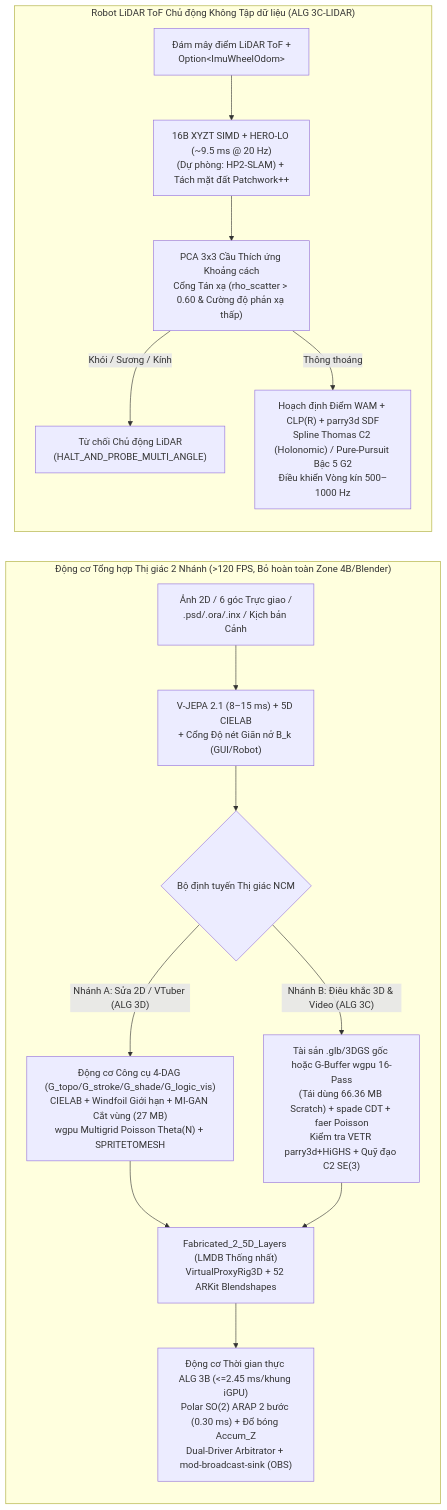
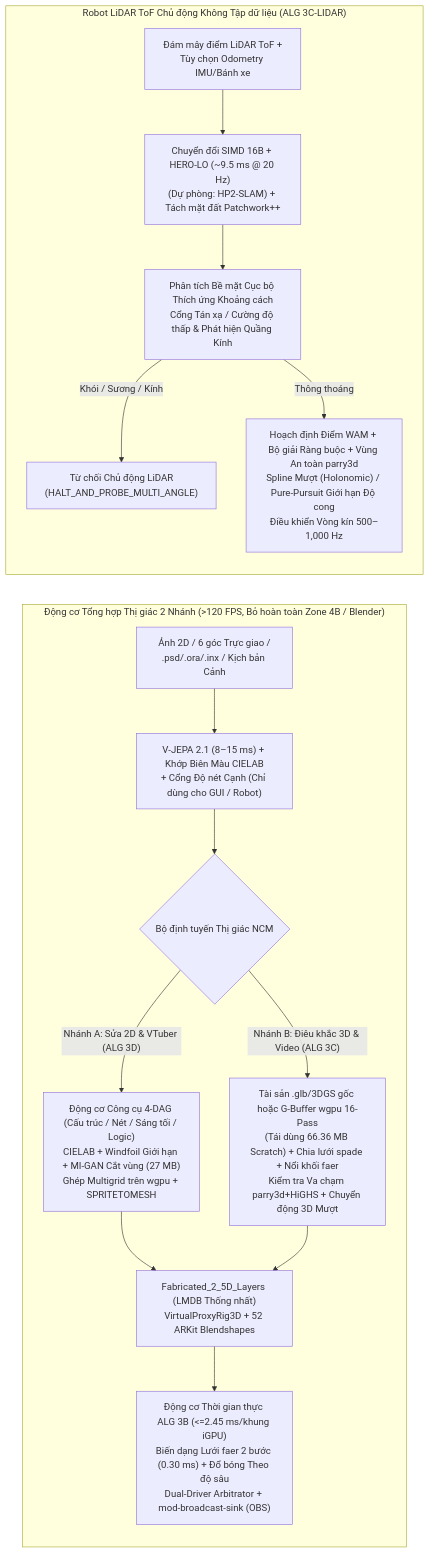
Before and after one commit to vuhoangquanhoctap-glitch/Takuma-1-Trinity: diagram 11 of 16 in README.md, drawn with Mermaid. The commit also changed other lines of this file, not shown here.

````diff
--- a/README.md
+++ b/README.md
@@ -780,19 +810,19 @@
 ```mermaid
 flowchart LR
-    subgraph VIS_PIPE["Động cơ Tổng hợp Thị giác 2 Nhánh (>120 FPS, Bỏ hoàn toàn Zone 4B/Blender)"]
-        VIN["Ảnh 2D / 6 góc Trực giao /<br/>.psd/.ora/.inx / Kịch bản Cảnh"] --> VPER["V-JEPA 2.1 (8–15 ms) + 5D CIELAB<br/>+ Cổng Độ nét Giãn nở B_k (GUI/Robot)"]
+    subgraph VIS_PIPE["Động cơ Tổng hợp Thị giác 2 Nhánh (>120 FPS, Bỏ hoàn toàn Zone 4B / Blender)"]
+        VIN["Ảnh 2D / 6 góc Trực giao /<br/>.psd/.ora/.inx / Kịch bản Cảnh"] --> VPER["V-JEPA 2.1 (8–15 ms) + Khớp Biên Màu CIELAB<br/>+ Cổng Độ nét Cạnh (Chỉ dùng cho GUI / Robot)"]
         VPER --> VRT{"Bộ định tuyến Thị giác NCM"}
-        VRT -- "Nhánh A: Sửa 2D / VTuber (ALG 3D)" --> BA["Động cơ Công cụ 4-DAG (G_topo/G_stroke/G_shade/G_logic_vis)<br/>CIELAB + Windfoil Giới hạn + MI-GAN Cắt vùng (27 MB)<br/>wgpu Multigrid Poisson Theta(N) + SPRITETOMESH"]
-        VRT -- "Nhánh B: Điêu khắc 3D & Video (ALG 3C)" --> BB["Tài sản .glb/3DGS gốc hoặc G-Buffer wgpu 16-Pass<br/>(Tái dùng 66.36 MB Scratch) + spade CDT + faer Poisson<br/>Kiểm tra VETR parry3d+HiGHS + Quỹ đạo C2 SE(3)"]
+        VRT -- "Nhánh A: Sửa 2D & VTuber (ALG 3D)" --> BA["Động cơ Công cụ 4-DAG (Cấu trúc / Nét / Sáng tối / Logic)<br/>CIELAB + Windfoil Giới hạn + MI-GAN Cắt vùng (27 MB)<br/>Ghép Multigrid trên wgpu + SPRITETOMESH"]
+        VRT -- "Nhánh B: Điêu khắc 3D & Video (ALG 3C)" --> BB["Tài sản .glb/3DGS gốc hoặc G-Buffer wgpu 16-Pass<br/>(Tái dùng 66.36 MB Scratch) + Chia lưới spade + Nổi khối faer<br/>Kiểm tra Va chạm parry3d+HiGHS + Chuyển động 3D Mượt"]
         BA --> LDB["Fabricated_2_5D_Layers (LMDB Thống nhất)<br/>VirtualProxyRig3D + 52 ARKit Blendshapes"]
         BB --> LDB
-        LDB --> RT["Động cơ Thời gian thực ALG 3B (<=2.45 ms/khung iGPU)<br/>Polar SO(2) ARAP 2 bước (0.30 ms) + Đổ bóng Accum_Z<br/>Dual-Driver Arbitrator + mod-broadcast-sink (OBS)"]
+        LDB --> RT["Động cơ Thời gian thực ALG 3B (<=2.45 ms/khung iGPU)<br/>Biến dạng Lưới faer 2 bước (0.30 ms) + Đổ bóng Theo độ sâu<br/>Dual-Driver Arbitrator + mod-broadcast-sink (OBS)"]
     end
 
     subgraph LID_PIPE["Robot LiDAR ToF Chủ động Không Tập dữ liệu (ALG 3C-LIDAR)"]
-        LIN["Đám mây điểm LiDAR ToF +<br/>Option#lt;ImuWheelOdom#gt;"] --> L1["16B XYZT SIMD + HERO-LO (~9.5 ms @ 20 Hz)<br/>(Dự phòng: HP2-SLAM) + Tách mặt đất Patchwork++"]
-        L1 --> L2["PCA 3x3 Cầu Thích ứng Khoảng cách<br/>Cổng Tán xạ (rho_scatter > 0.60 & Cường độ phản xạ thấp)"]
+        LIN["Đám mây điểm LiDAR ToF +<br/>Tùy chọn Odometry IMU/Bánh xe"] --> L1["Chuyển đổi SIMD 16B + HERO-LO (~9.5 ms @ 20 Hz)<br/>(Dự phòng: HP2-SLAM) + Tách mặt đất Patchwork++"]
+        L1 --> L2["Phân tích Bề mặt Cục bộ Thích ứng Khoảng cách<br/>Cổng Tán xạ / Cường độ thấp & Phát hiện Quầng Kính"]
         L2 -- "Khói / Sương / Kính" --> LREF["Từ chối Chủ động LiDAR<br/>(HALT_AND_PROBE_MULTI_ANGLE)"]
-        L2 -- "Thông thoáng" --> L3["Hoạch định Điểm WAM + CLP(R) + parry3d SDF<br/>Spline Thomas C2 (Holonomic) / Pure-Pursuit Bậc 5 G2<br/>Điều khiển Vòng kín 500–1000 Hz"]
+        L2 -- "Thông thoáng" --> L3["Hoạch định Điểm WAM + Bộ giải Ràng buộc + Vùng An toàn parry3d<br/>Spline Mượt (Holonomic) / Pure-Pursuit Giới hạn Độ cong<br/>Điều khiển Vòng kín 500–1,000 Hz"]
     end
 ```
````
